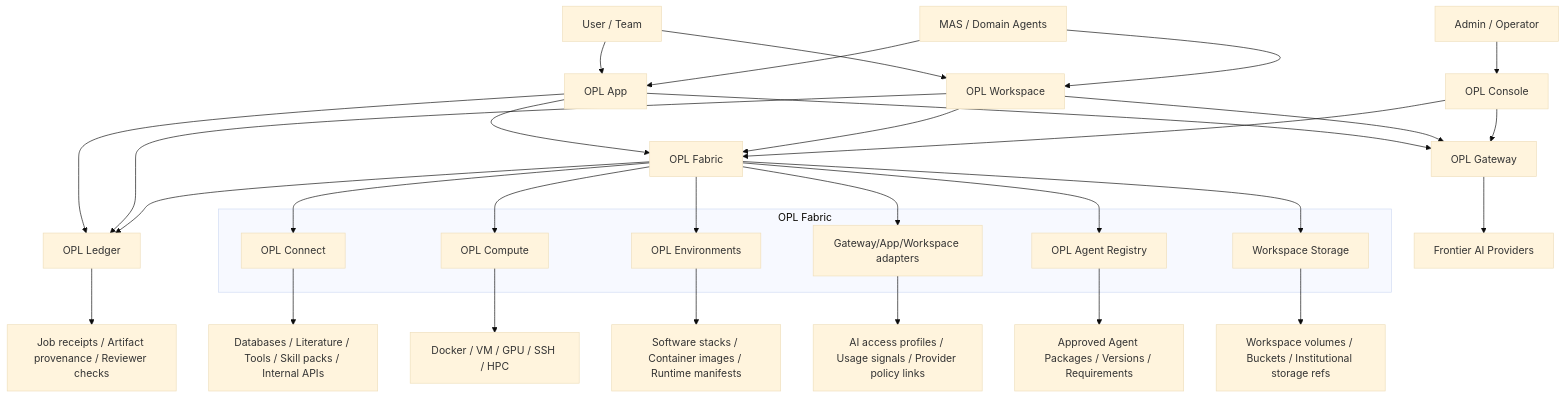
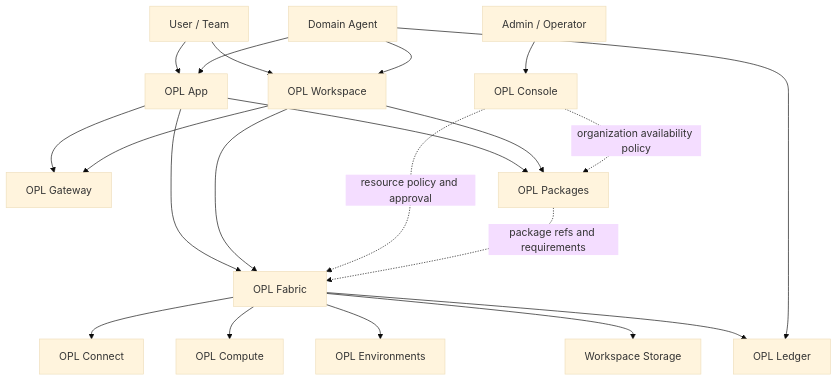
One commit to gaofeng21cn/one-person-lab-cloud changed the diagram in docs/architecture.md. Above: the diagram before and after it, drawn with Mermaid (base theme). The commit also changed other lines of this file and 25 other files, not shown here.

````diff
--- a/docs/architecture.md
+++ b/docs/architecture.md
@@ -17,43 +23,26 @@
 ```mermaid
 flowchart TB
   User[User / Team] --> App[OPL App]
   User --> Workspace[OPL Workspace]
   Admin[Admin / Operator] --> Console[OPL Console]
-  Domain[MAS / Domain Agents] --> App
+  Domain[Domain Agent] --> App
   Domain --> Workspace
 
   App --> Gateway[OPL Gateway]
-  Workspace --> Gateway[OPL Gateway]
-  Console --> Gateway
+  Workspace --> Gateway
+  App --> Packages[OPL Packages]
+  Workspace --> Packages
+  Console -. organization availability policy .-> Packages
+
   App --> Fabric[OPL Fabric]
-  Workspace --> Fabric[OPL Fabric]
-  Console --> Fabric
-  App --> Ledger[OPL Ledger]
-  Workspace --> Ledger[OPL Ledger]
-  Fabric --> Ledger
+  Workspace --> Fabric
+  Console -. resource policy and approval .-> Fabric
+  Packages -. package refs and requirements .-> Fabric
 
-  subgraph FabricLayer[OPL Fabric]
-    Connect[OPL Connect]
-    Compute[OPL Compute]
-    Env[OPL Environments]
-    GatewayAdapters[Gateway/App/Workspace adapters]
-    Registry[OPL Agent Registry]
-    Storage[Workspace Storage]
-  end
-
-  Fabric --> Connect
-  Fabric --> Compute
-  Fabric --> Env
-  Fabric --> GatewayAdapters
-  Fabric --> Registry
-  Fabric --> Storage
-
-  Gateway --> Models[Frontier AI Providers]
-  Connect --> Systems[Databases / Literature / Tools / Skill packs / Internal APIs]
-  Compute --> Resources[Docker / VM / GPU / SSH / HPC]
-  Env --> Images[Software stacks / Container images / Runtime manifests]
-  GatewayAdapters --> Profiles[AI access profiles / Usage signals / Provider policy links]
-  Registry --> AgentPackages[Approved Agent Packages / Versions / Requirements]
-  Storage --> Data[Workspace volumes / Buckets / Institutional storage refs]
-  Ledger --> Evidence[Job receipts / Artifact provenance / Reviewer checks]
+  Fabric --> Connect[OPL Connect]
+  Fabric --> Compute[OPL Compute]
+  Fabric --> Environments[OPL Environments]
+  Fabric --> Storage[Workspace Storage]
+  Fabric --> Ledger[OPL Ledger]
+  Domain --> Ledger
 ```
````
